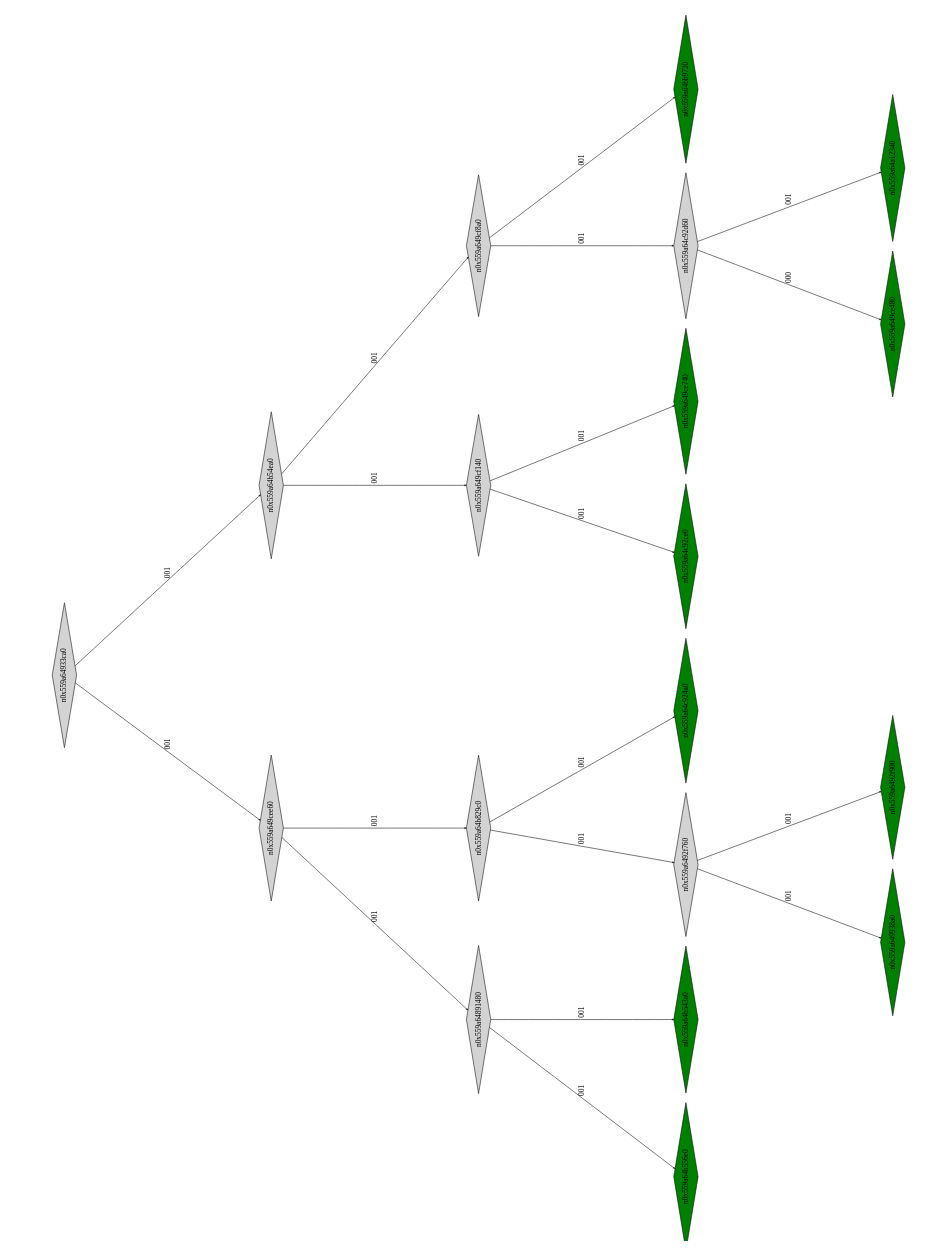
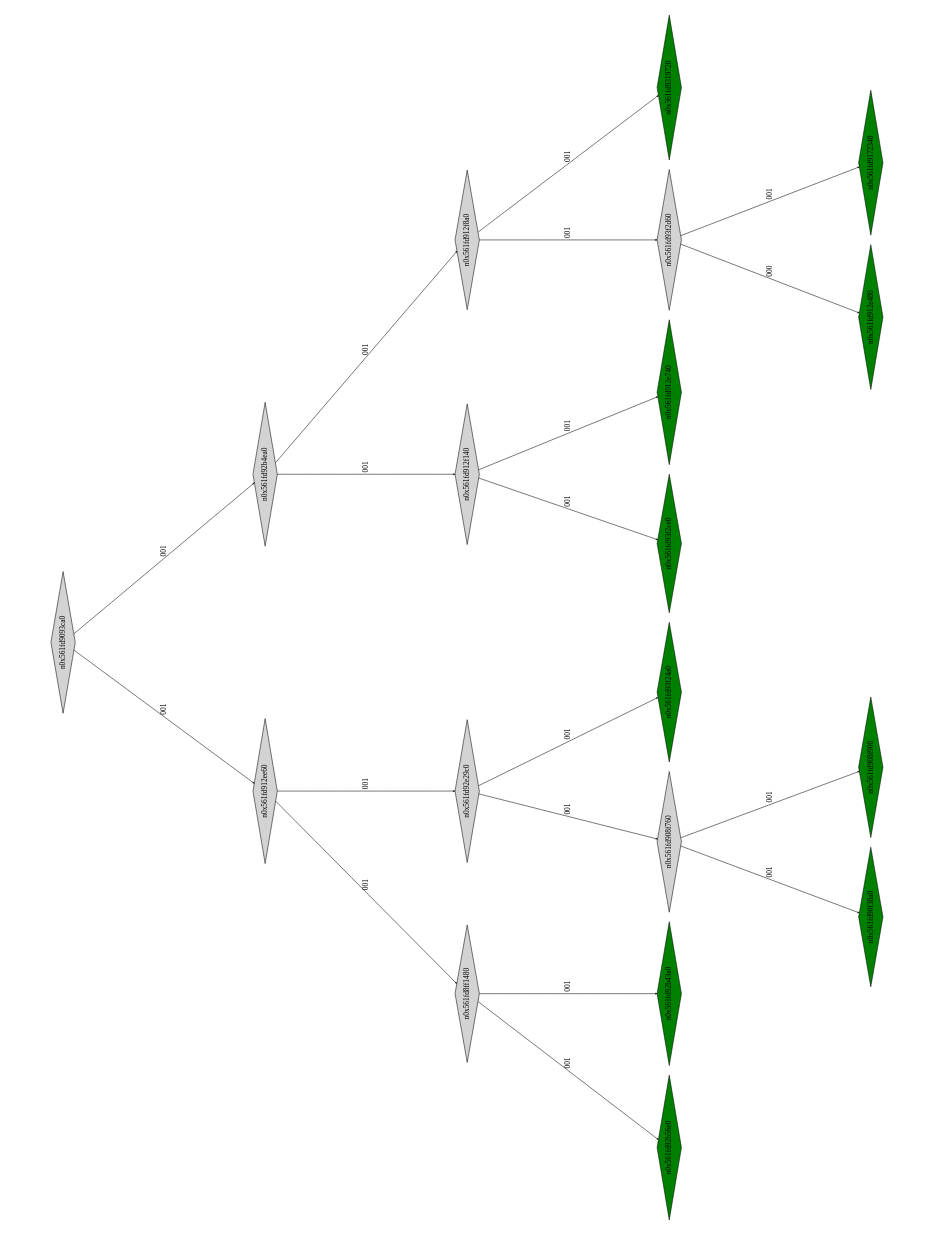
The diagram in montyhall_klee_out/ptree_00001108.dot (Research-Tools-PAVT/PSE-Program-Examples), drawn with Graphviz before and after one commit. The commit also changed 41 other files, not shown here.

```diff
--- a/montyhall_klee_out/ptree_00001108.dot
+++ b/montyhall_klee_out/ptree_00001108.dot
@@ -1,45 +1,45 @@
 digraph G {
 	size="10,7.5";
 	ratio=fill;
 	rotate=90;
 	center = "true";
 	node [style="filled",width=.1,height=.1,fontname="Terminus"]
 	edge [arrowsize=.3]
-	n0x559a64933ca0 [shape=diamond];
-	n0x559a64933ca0 -> n0x559a649cee60 [label=001];
-	n0x559a64933ca0 -> n0x559a64b54ea0 [label=001];
-	n0x559a64b54ea0 [shape=diamond];
-	n0x559a64b54ea0 -> n0x559a649cf140 [label=001];
-	n0x559a64b54ea0 -> n0x559a649cf8a0 [label=001];
-	n0x559a649cf8a0 [shape=diamond];
-	n0x559a649cf8a0 -> n0x559a64c92d60 [label=001];
-	n0x559a649cf8a0 -> n0x559a64bb9720 [label=001];
-	n0x559a64bb9720 [shape=diamond,fillcolor=green];
-	n0x559a64c92d60 [shape=diamond];
-	n0x559a64c92d60 -> n0x559a649ce480 [label=000];
-	n0x559a64c92d60 -> n0x559a64a12340 [label=001];
-	n0x559a64a12340 [shape=diamond,fillcolor=green];
-	n0x559a649ce480 [shape=diamond,fillcolor=green];
-	n0x559a649cf140 [shape=diamond];
-	n0x559a649cf140 -> n0x559a64c92ce0 [label=001];
-	n0x559a649cf140 -> n0x559a649ce740 [label=001];
-	n0x559a649ce740 [shape=diamond,fillcolor=green];
-	n0x559a64c92ce0 [shape=diamond,fillcolor=green];
-	n0x559a649cee60 [shape=diamond];
-	n0x559a649cee60 -> n0x559a64891480 [label=001];
-	n0x559a649cee60 -> n0x559a64b829c0 [label=001];
-	n0x559a64b829c0 [shape=diamond];
-	n0x559a64b829c0 -> n0x559a6492f760 [label=001];
-	n0x559a64b829c0 -> n0x559a64c924a0 [label=001];
-	n0x559a64c924a0 [shape=diamond,fillcolor=green];
-	n0x559a6492f760 [shape=diamond];
-	n0x559a6492f760 -> n0x559a649938a0 [label=001];
-	n0x559a6492f760 -> n0x559a6492f900 [label=001];
-	n0x559a6492f900 [shape=diamond,fillcolor=green];
-	n0x559a649938a0 [shape=diamond,fillcolor=green];
-	n0x559a64891480 [shape=diamond];
-	n0x559a64891480 -> n0x559a64b556e0 [label=001];
-	n0x559a64891480 -> n0x559a64b543a0 [label=001];
-	n0x559a64b543a0 [shape=diamond,fillcolor=green];
-	n0x559a64b556e0 [shape=diamond,fillcolor=green];
+	n0x561fd9093ca0 [shape=diamond];
+	n0x561fd9093ca0 -> n0x561fd912ee60 [label=001];
+	n0x561fd9093ca0 -> n0x561fd92b4ea0 [label=001];
+	n0x561fd92b4ea0 [shape=diamond];
+	n0x561fd92b4ea0 -> n0x561fd912f140 [label=001];
+	n0x561fd92b4ea0 -> n0x561fd912f8a0 [label=001];
+	n0x561fd912f8a0 [shape=diamond];
+	n0x561fd912f8a0 -> n0x561fd93f2d60 [label=001];
+	n0x561fd912f8a0 -> n0x561fd9319720 [label=001];
+	n0x561fd9319720 [shape=diamond,fillcolor=green];
+	n0x561fd93f2d60 [shape=diamond];
+	n0x561fd93f2d60 -> n0x561fd912e480 [label=000];
+	n0x561fd93f2d60 -> n0x561fd9172340 [label=001];
+	n0x561fd9172340 [shape=diamond,fillcolor=green];
+	n0x561fd912e480 [shape=diamond,fillcolor=green];
+	n0x561fd912f140 [shape=diamond];
+	n0x561fd912f140 -> n0x561fd93f2ce0 [label=001];
+	n0x561fd912f140 -> n0x561fd912e740 [label=001];
+	n0x561fd912e740 [shape=diamond,fillcolor=green];
+	n0x561fd93f2ce0 [shape=diamond,fillcolor=green];
+	n0x561fd912ee60 [shape=diamond];
+	n0x561fd912ee60 -> n0x561fd8ff1480 [label=001];
+	n0x561fd912ee60 -> n0x561fd92e29c0 [label=001];
+	n0x561fd92e29c0 [shape=diamond];
+	n0x561fd92e29c0 -> n0x561fd908f760 [label=001];
+	n0x561fd92e29c0 -> n0x561fd93f24a0 [label=001];
+	n0x561fd93f24a0 [shape=diamond,fillcolor=green];
+	n0x561fd908f760 [shape=diamond];
+	n0x561fd908f760 -> n0x561fd90f38a0 [label=001];
+	n0x561fd908f760 -> n0x561fd908f900 [label=001];
+	n0x561fd908f900 [shape=diamond,fillcolor=green];
+	n0x561fd90f38a0 [shape=diamond,fillcolor=green];
+	n0x561fd8ff1480 [shape=diamond];
+	n0x561fd8ff1480 -> n0x561fd92b56e0 [label=001];
+	n0x561fd8ff1480 -> n0x561fd92b43a0 [label=001];
+	n0x561fd92b43a0 [shape=diamond,fillcolor=green];
+	n0x561fd92b56e0 [shape=diamond,fillcolor=green];
 }
```
